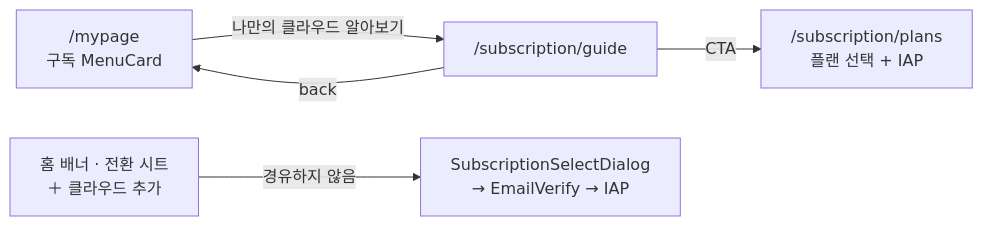
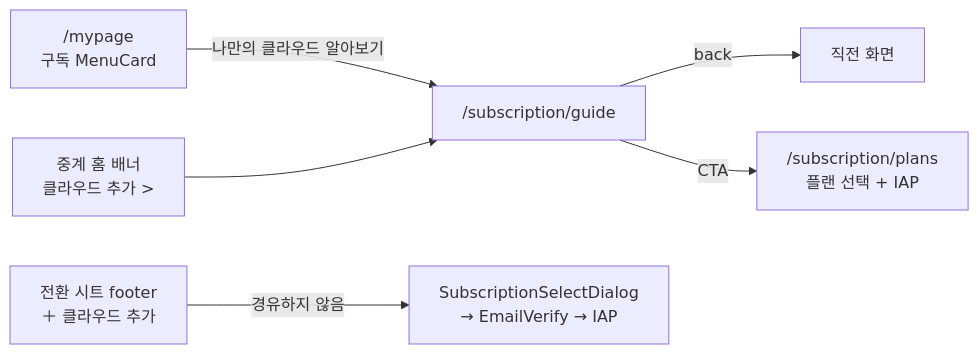
The first of 3 diagrams in apps/web/docs/feature/subscription/cloud-guide.md (lemoncloud-io/dou-app), drawn with Mermaid before and after one commit. The commit also changed other lines of this file and 7 other files, not shown here.

````diff
--- a/apps/web/docs/feature/subscription/cloud-guide.md
+++ b/apps/web/docs/feature/subscription/cloud-guide.md
@@ -67,7 +68,8 @@
 ```mermaid
 flowchart LR
     MP["/mypage<br/>구독 MenuCard"] -->|나만의 클라우드 알아보기| G["/subscription/guide"]
-    G -->|back| MP
+    HB["중계 홈 배너<br/>클라우드 추가 >"] --> G
+    G -->|back| BACK[직전 화면]
     G -->|CTA| PL["/subscription/plans<br/>플랜 선택 + IAP"]
-    HB[홈 배너 · 전환 시트<br/>＋ 클라우드 추가] -->|경유하지 않음| SD[SubscriptionSelectDialog<br/>→ EmailVerify → IAP]
+    SH["전환 시트 footer<br/>＋ 클라우드 추가"] -->|경유하지 않음| SD[SubscriptionSelectDialog<br/>→ EmailVerify → IAP]
 ```
````
